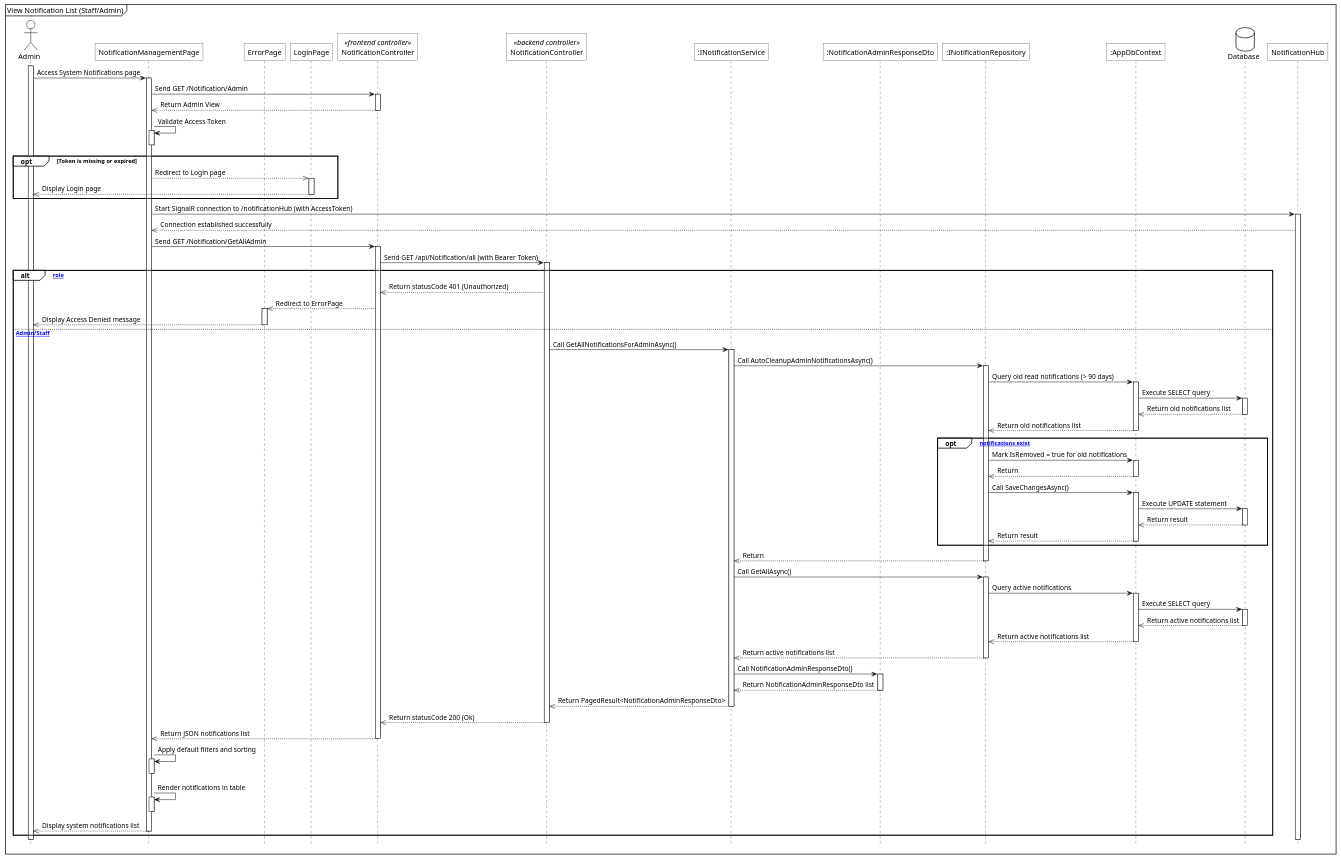
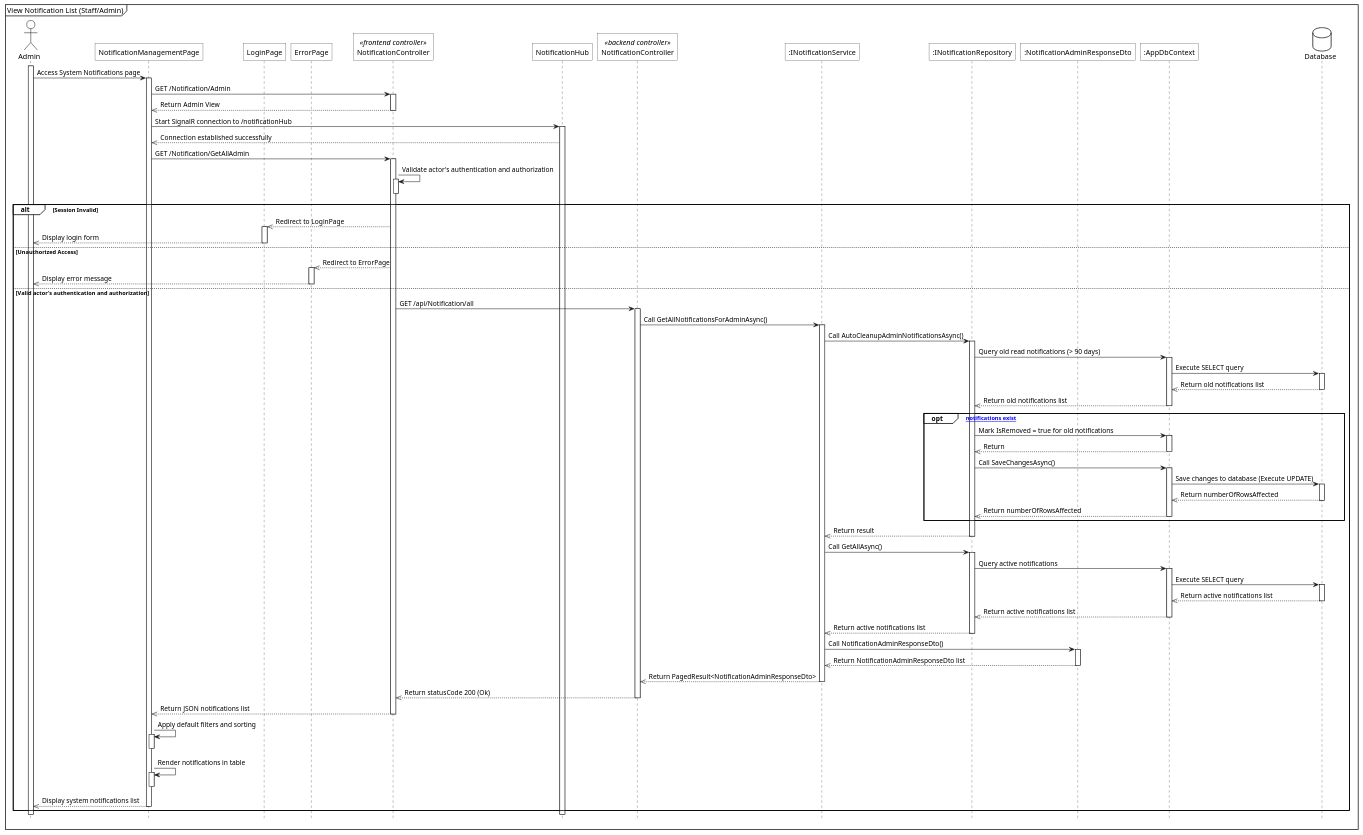
Before and after one commit to 1000do/Linked: the diagram in diagrams/sequence/notification/sq_view_notification_list_admin.plantuml, drawn with PlantUML. The commit also changed 30 other files, not shown here.

Commit message:
feat: add sequence diagrams for chat, notification, and instructor application management modules

```diff
--- a/diagrams/sequence/notification/sq_view_notification_list_admin.plantuml
+++ b/diagrams/sequence/notification/sq_view_notification_list_admin.plantuml
@@ -1,108 +1,107 @@
 @startuml
 <style>
     sequenceDiagram{
         actor{
             BackgroundColor white
             LineThickness 1.0
         }
         participant{
             BackgroundColor white
             RoundCorner 0
         }
         database{
             BackgroundColor white
         }
         groupHeader{
             BackgroundColor white
         }
         referenceHeader{
             BackgroundColor white
         }
         reference{
             BackgroundColor white
         }
     }
 </style>
 
 hide footbox
 
 mainframe View Notification List (Staff/Admin)
 
 actor Admin as act
 participant "NotificationManagementPage" as view
+participant "LoginPage" as login_view
 participant "ErrorPage" as error_page
-participant "LoginPage" as login_view
 participant "NotificationController" as fe_ctrl <<frontend controller>>
+participant "NotificationHub" as hub
 participant "NotificationController" as be_ctrl <<backend controller>>
 participant ":INotificationService" as sv
+participant ":INotificationRepository" as repo
 participant ":NotificationAdminResponseDto" as notif_admin_dto
-participant ":INotificationRepository" as repo
 participant ":AppDbContext" as ctx
 database Database as db
-participant "NotificationHub" as hub
 
 act++
 act->view++: Access System Notifications page
-view->fe_ctrl++: Send GET /Notification/Admin
+view->fe_ctrl++: GET /Notification/Admin
 fe_ctrl-->>view--: Return Admin View
 
-view->view++: Validate Access Token
-view--
-group opt [Token is missing or expired]
-    view -->> login_view: Redirect to Login page
-    activate login_view
-    login_view -->> act: Display Login page
-    deactivate login_view
-end
-
-view->hub++: Start SignalR connection to /notificationHub (with AccessToken)
+view->hub++: Start SignalR connection to /notificationHub
 hub-->>view: Connection established successfully
 
-view->fe_ctrl++: Send GET /Notification/GetAllAdmin
-fe_ctrl->be_ctrl++: Send GET /api/Notification/all (with Bearer Token)
+view->fe_ctrl++: GET /Notification/GetAllAdmin
 
-alt [Unauthorized role]
-    be_ctrl-->>fe_ctrl: Return statusCode 401 (Unauthorized)
-    fe_ctrl-->>error_page++: Redirect to ErrorPage
-    error_page-->>act--: Display Access Denied message
-else [Authorized Admin/Staff]
+fe_ctrl -> fe_ctrl++: Validate actor's authentication and authorization
+fe_ctrl--
+
+alt Session Invalid
+    fe_ctrl -->> login_view: Redirect to LoginPage
+    activate login_view
+    login_view -->> act--: Display login form
+else Unauthorized Access
+    fe_ctrl -->> error_page: Redirect to ErrorPage
+    activate error_page
+    error_page -->> act--: Display error message
+else Valid actor's authentication and authorization
+    fe_ctrl->be_ctrl++: GET /api/Notification/all
+    
     be_ctrl->sv++: Call GetAllNotificationsForAdminAsync()
     
     sv->repo++: Call AutoCleanupAdminNotificationsAsync()
     repo->ctx++: Query old read notifications (> 90 days)
     ctx->db++: Execute SELECT query
     db-->>ctx--: Return old notifications list
     ctx-->>repo--: Return old notifications list
     
     opt [Old notifications exist]
         repo->ctx++: Mark IsRemoved = true for old notifications
         ctx-->>repo--: Return
         repo->ctx++: Call SaveChangesAsync()
-        ctx->db++: Execute UPDATE statement
-        db-->>ctx--: Return result
-        ctx-->>repo--: Return result
+        ctx->db++: Save changes to database (Execute UPDATE)
+        db-->>ctx--: Return numberOfRowsAffected
+        ctx-->>repo--: Return numberOfRowsAffected
     end
-    repo-->>sv--: Return
+    repo-->>sv--: Return result
     
     sv->repo++: Call GetAllAsync()
     repo->ctx++: Query active notifications
     ctx->db++: Execute SELECT query
     db-->>ctx--: Return active notifications list
     ctx-->>repo--: Return active notifications list
     repo-->>sv--: Return active notifications list
     
     sv->notif_admin_dto++: Call NotificationAdminResponseDto()
+    notif_admin_dto-->>sv--: Return NotificationAdminResponseDto list
     
-    notif_admin_dto-->>sv--: Return NotificationAdminResponseDto list
     sv-->>be_ctrl--: Return PagedResult<NotificationAdminResponseDto>
     be_ctrl-->>fe_ctrl--: Return statusCode 200 (Ok)
     fe_ctrl-->>view--: Return JSON notifications list
     
     view->view++: Apply default filters and sorting
     view--
     view->view++: Render notifications in table
     view--
     view-->>act--: Display system notifications list
 end
 
 @enduml
```
